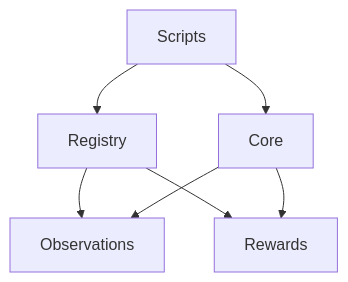
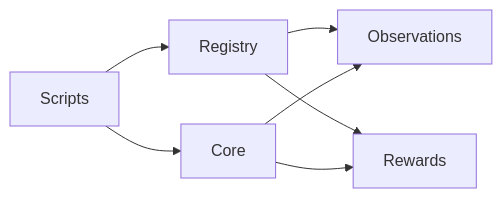
One commit to Areesha06/Predator-Prey-Archetype-Gridworld-Environment changed the first of 2 diagrams in src/multi_agent_package/README.md. Above: the diagram before and after it, drawn with Mermaid. The commit also changed other lines of this file and 6 other files, not shown here.

`````diff
--- a/src/multi_agent_package/README.md
+++ b/src/multi_agent_package/README.md
@@ -43,10 +39,12 @@
 ```mermaid
-flowchart TD
+flowchart LR
 
+    Scripts --> Core
     Scripts --> Registry
+
     Registry --> Observations
     Registry --> Rewards
-    Scripts --> Core
+
     Core --> Observations
     Core --> Rewards
-````
+```
`````
